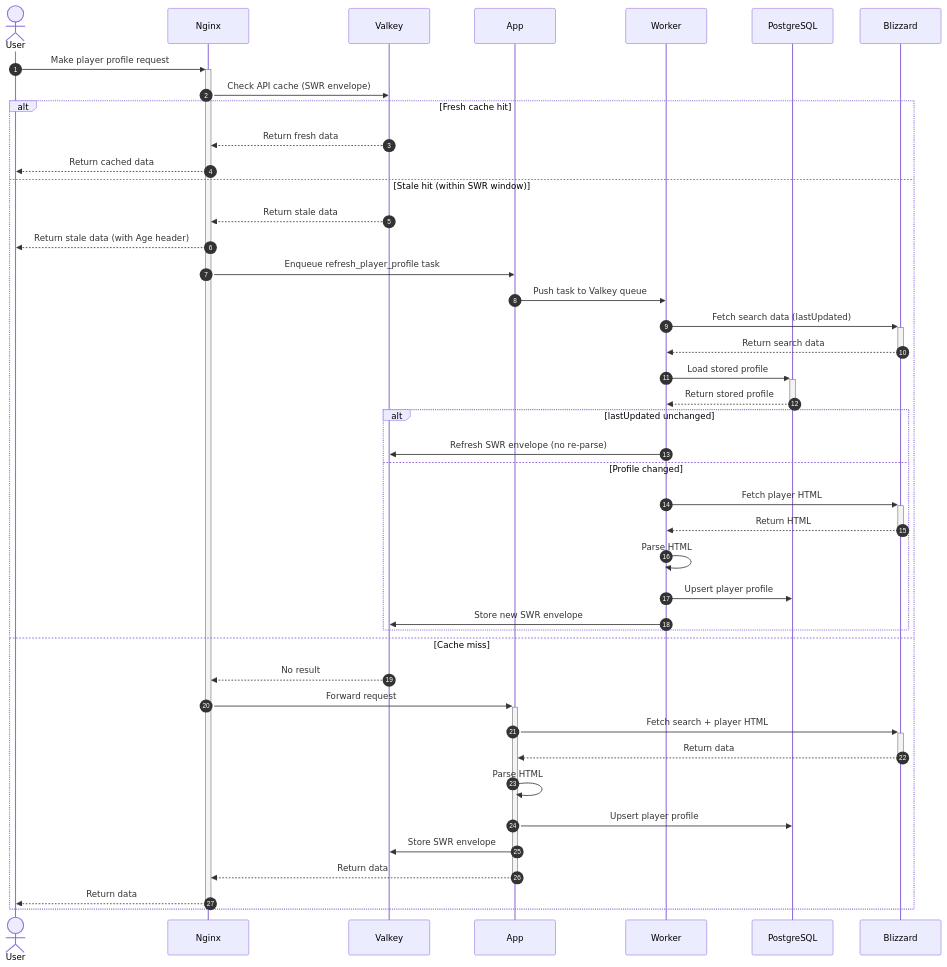
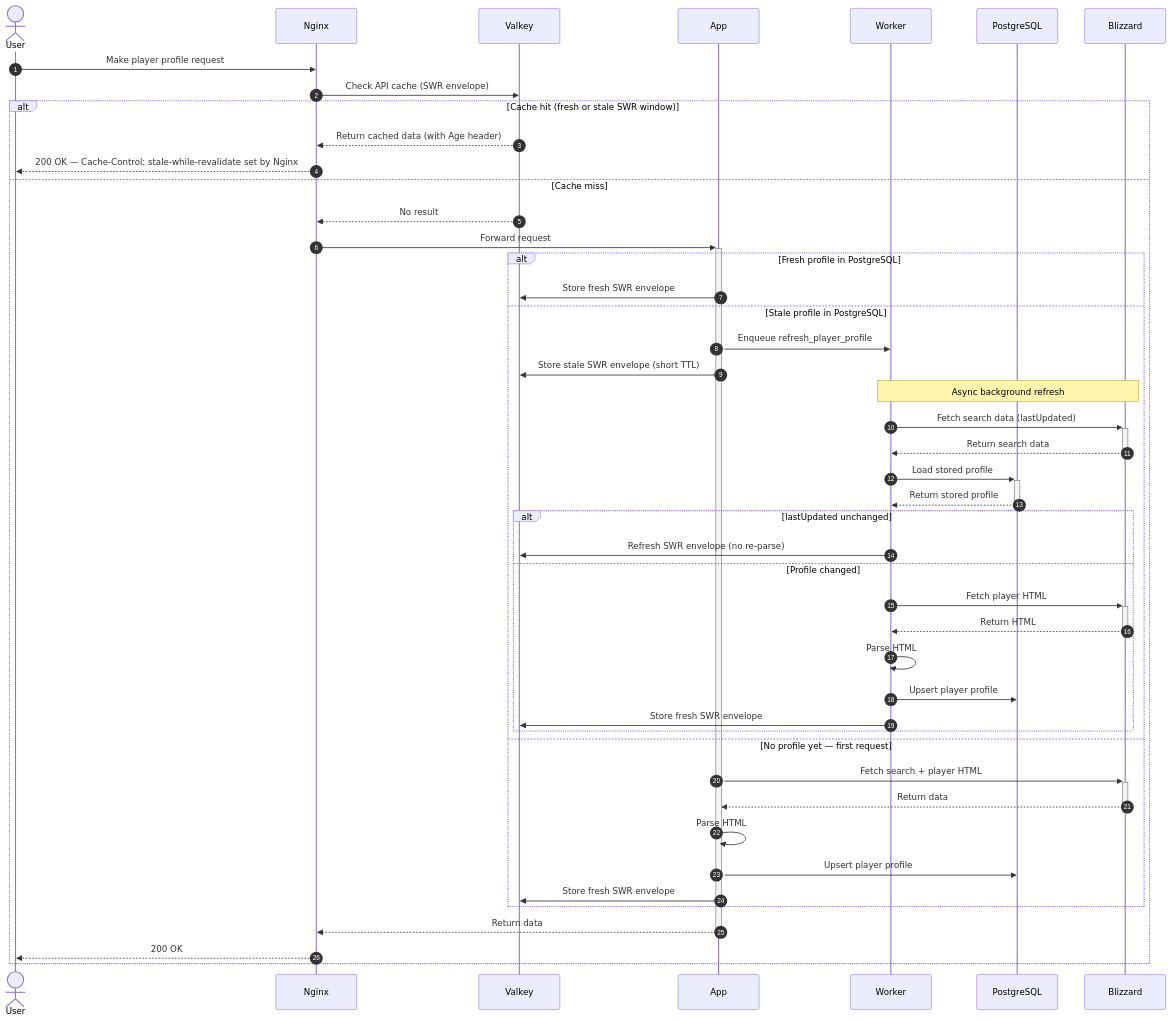
The second of 4 diagrams in README.md (TeKrop/overfast-api), drawn with Mermaid before and after one commit. The commit also changed other lines of this file and 4 other files, not shown here.

````diff
--- a/README.md
+++ b/README.md
@@ -172,47 +175,50 @@
 ```mermaid
 sequenceDiagram
     autonumber
     actor User
     participant Nginx
     participant Valkey
     participant App
     participant Worker
     participant PostgreSQL
     participant Blizzard
 
-    User->>+Nginx: Make player profile request
+    User->>Nginx: Make player profile request
     Nginx->>Valkey: Check API cache (SWR envelope)
 
-    alt Fresh cache hit
-        Valkey-->>Nginx: Return fresh data
-        Nginx-->>User: Return cached data
-    else Stale hit (within SWR window)
-        Valkey-->>Nginx: Return stale data
-        Nginx-->>User: Return stale data (with Age header)
-        Nginx->>App: Enqueue refresh_player_profile task
-        App->>Worker: Push task to Valkey queue
-        Worker->>+Blizzard: Fetch search data (lastUpdated)
-        Blizzard-->>-Worker: Return search data
-        Worker->>+PostgreSQL: Load stored profile
-        PostgreSQL-->>-Worker: Return stored profile
-        alt lastUpdated unchanged
-            Worker->>Valkey: Refresh SWR envelope (no re-parse)
-        else Profile changed
-            Worker->>+Blizzard: Fetch player HTML
-            Blizzard-->>-Worker: Return HTML
-            Worker->>Worker: Parse HTML
-            Worker->>PostgreSQL: Upsert player profile
-            Worker->>Valkey: Store new SWR envelope
-        end
+    alt Cache hit (fresh or stale SWR window)
+        Valkey-->>Nginx: Return cached data (with Age header)
+        Nginx-->>User: 200 OK — Cache-Control: stale-while-revalidate set by Nginx
     else Cache miss
         Valkey-->>Nginx: No result
         Nginx->>+App: Forward request
-        App->>+Blizzard: Fetch search + player HTML
-        Blizzard-->>-App: Return data
-        App->>App: Parse HTML
-        App->>PostgreSQL: Upsert player profile
-        App->>Valkey: Store SWR envelope
+        alt Fresh profile in PostgreSQL
+            App->>Valkey: Store fresh SWR envelope
+        else Stale profile in PostgreSQL
+            App->>Worker: Enqueue refresh_player_profile
+            App->>Valkey: Store stale SWR envelope (short TTL)
+            Note over Worker,Blizzard: Async background refresh
+            Worker->>+Blizzard: Fetch search data (lastUpdated)
+            Blizzard-->>-Worker: Return search data
+            Worker->>+PostgreSQL: Load stored profile
+            PostgreSQL-->>-Worker: Return stored profile
+            alt lastUpdated unchanged
+                Worker->>Valkey: Refresh SWR envelope (no re-parse)
+            else Profile changed
+                Worker->>+Blizzard: Fetch player HTML
+                Blizzard-->>-Worker: Return HTML
+                Worker->>Worker: Parse HTML
+                Worker->>PostgreSQL: Upsert player profile
+                Worker->>Valkey: Store fresh SWR envelope
+            end
+        else No profile yet — first request
+            App->>+Blizzard: Fetch search + player HTML
+            Blizzard-->>-App: Return data
+            App->>App: Parse HTML
+            App->>PostgreSQL: Upsert player profile
+            App->>Valkey: Store fresh SWR envelope
+        end
         App-->>-Nginx: Return data
-        Nginx-->>-User: Return data
+        Nginx-->>User: 200 OK
     end
 ```
````
